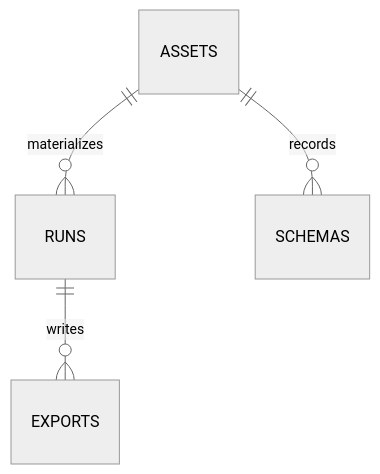
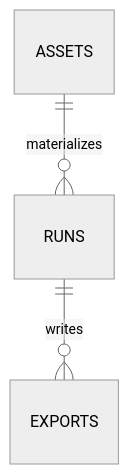
Before and after one commit to RFARQ3/assquack: the diagram in docs/storage-model.md, drawn with Mermaid (neutral theme). The commit also changed other lines of this file and 20 other files, not shown here.

Commit message:
refactor(schema): internalize current-run resolution and remove history

````diff
--- a/docs/storage-model.md
+++ b/docs/storage-model.md
@@ -99,6 +99,5 @@
 ```mermaid
 erDiagram
   ASSETS ||--o{ RUNS : materializes
-  ASSETS ||--o{ SCHEMAS : records
   RUNS ||--o{ EXPORTS : writes
 ```
````
